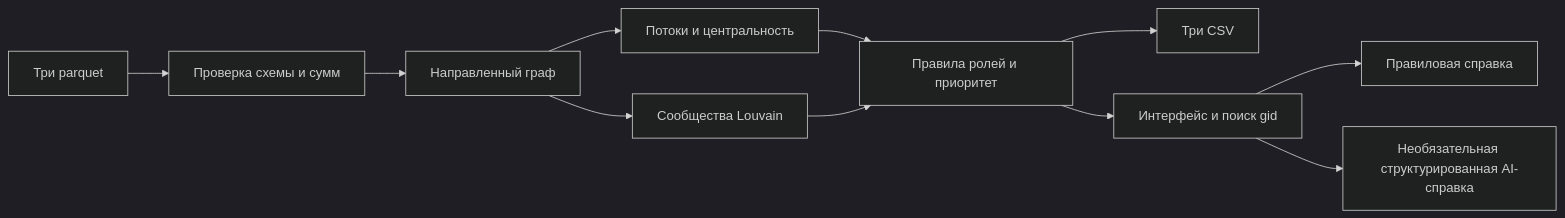
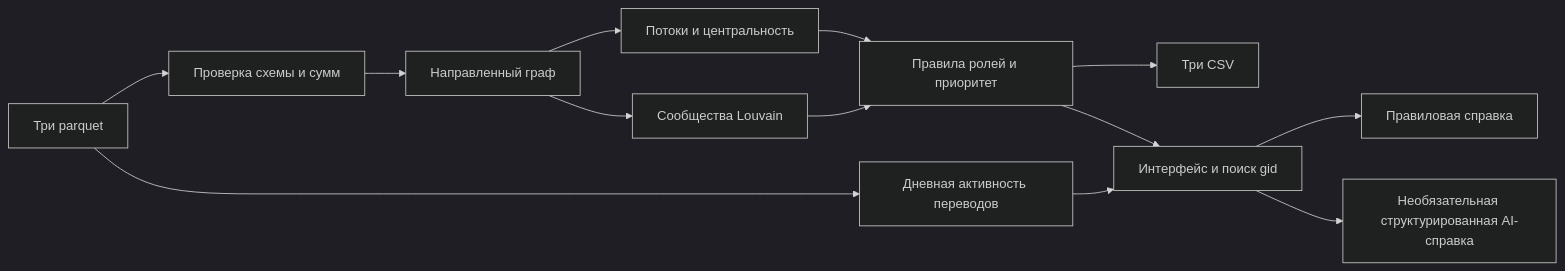
The diagram in docs/architecture.md (BAITC-Hacks/hack-f40a9595-ayan-solutions), drawn with Mermaid (dark theme) before and after one commit. The commit also changed other lines of this file and 7 other files, not shown here.

````diff
--- a/docs/architecture.md
+++ b/docs/architecture.md
@@ -3,13 +3,15 @@
 ```mermaid
 flowchart LR
     A[Три parquet] --> B[Проверка схемы и сумм]
     B --> C[Направленный граф]
     C --> D[Потоки и центральность]
     C --> E[Сообщества Louvain]
+    A --> T[Дневная активность переводов]
     D --> F[Правила ролей и приоритет]
     E --> F
     F --> G[Три CSV]
     F --> H[Интерфейс и поиск gid]
+    T --> H
     H --> I[Правиловая справка]
     H --> J[Необязательная структурированная AI-справка]
 ```
````
